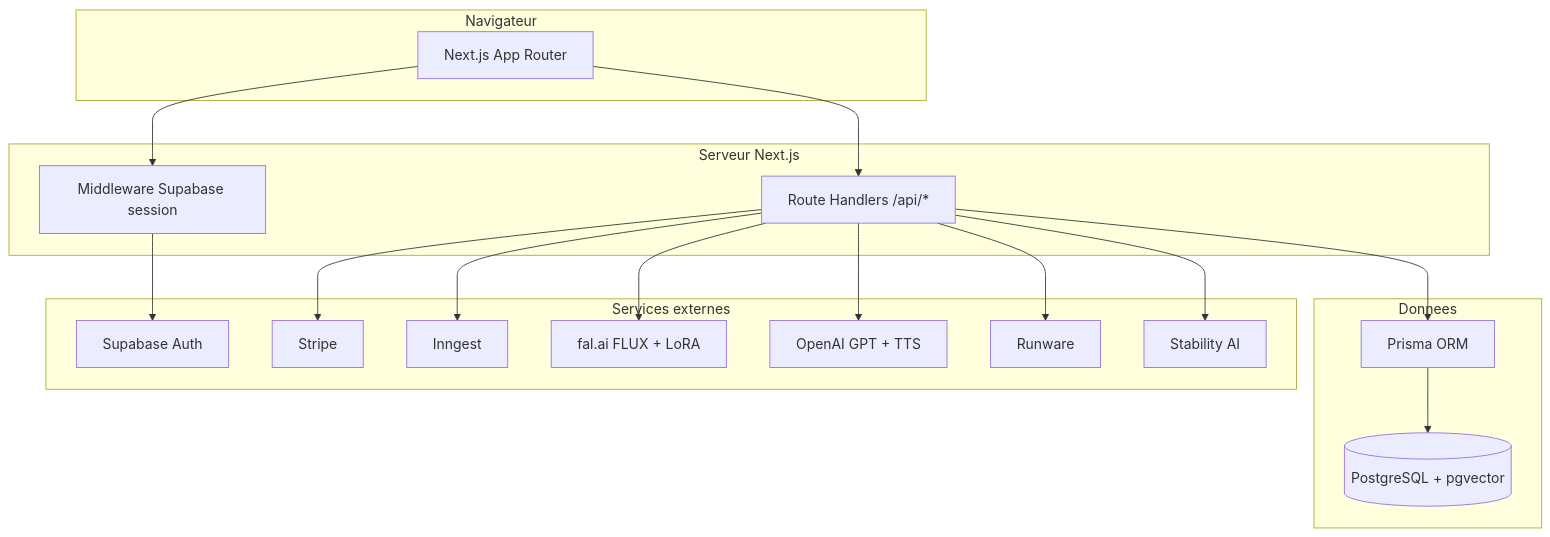
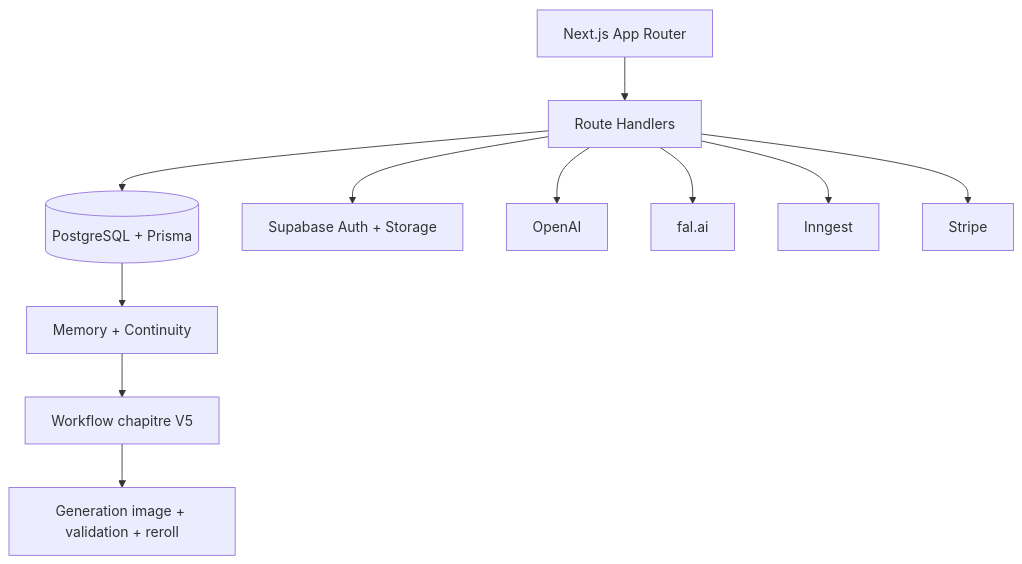
The first of 2 diagrams in README.md (Putsch13/mymanga), drawn with Mermaid before and after one commit. The commit also changed other lines of this file and 33 other files, not shown here.

````diff
--- a/README.md
+++ b/README.md
@@ -55,34 +35,13 @@
 ```mermaid
 flowchart TB
-  subgraph client [Navigateur]
-    NextUI[Next.js App Router]
-  end
-  subgraph edge [Serveur Next.js]
-    API[Route Handlers /api/*]
-    MW[Middleware Supabase session]
-  end
-  subgraph data [Donnees]
-    PG[(PostgreSQL + pgvector)]
-    Prisma[Prisma ORM]
-  end
-  subgraph external [Services externes]
-    SB[Supabase Auth]
-    ST[Stripe]
-    ING[Inngest]
-    FAL[fal.ai FLUX + LoRA]
-    OAI[OpenAI GPT + TTS]
-    RW[Runware]
-    STAB[Stability AI]
-  end
-  NextUI --> MW
-  NextUI --> API
-  MW --> SB
-  API --> Prisma
-  Prisma --> PG
-  API --> ST
-  API --> ING
-  API --> FAL
-  API --> OAI
-  API --> RW
-  API --> STAB
+  UI[Next.js App Router] --> API[Route Handlers]
+  API --> DB[(PostgreSQL + Prisma)]
+  API --> SB[Supabase Auth + Storage]
+  API --> OAI[OpenAI]
+  API --> FAL[fal.ai]
+  API --> ING[Inngest]
+  API --> STRIPE[Stripe]
+  DB --> MEM[Memory + Continuity]
+  MEM --> WF[Workflow chapitre V5]
+  WF --> IMG[Generation image + validation + reroll]
 ```
````
